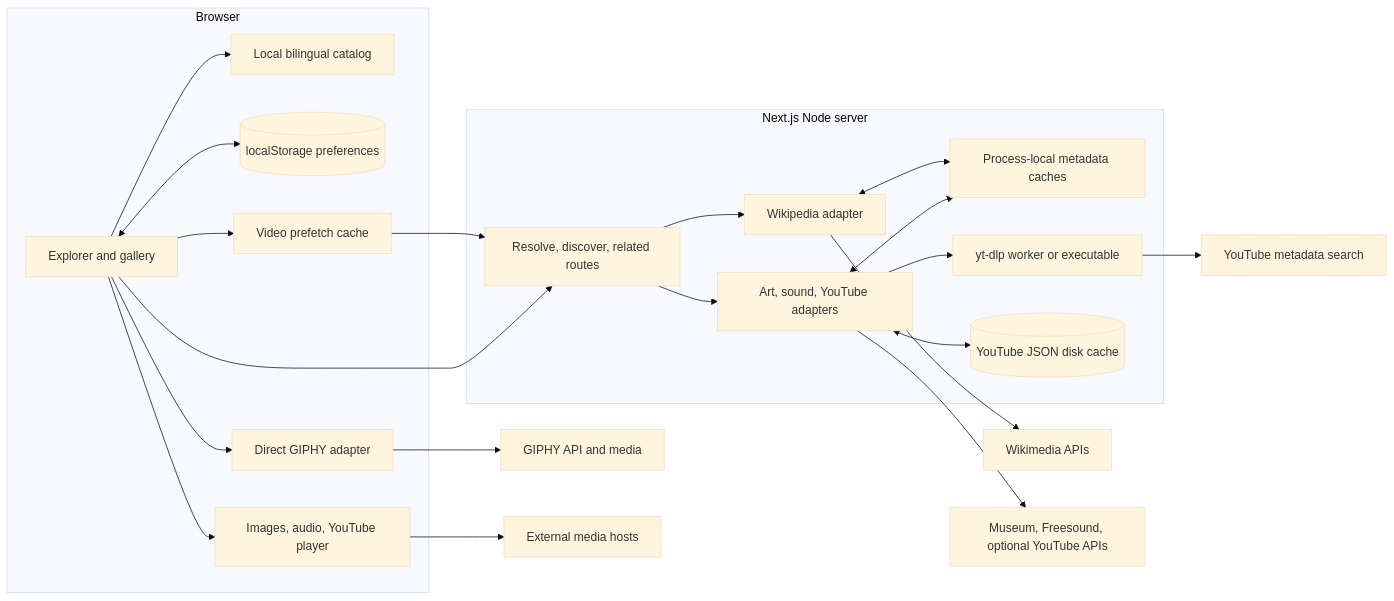
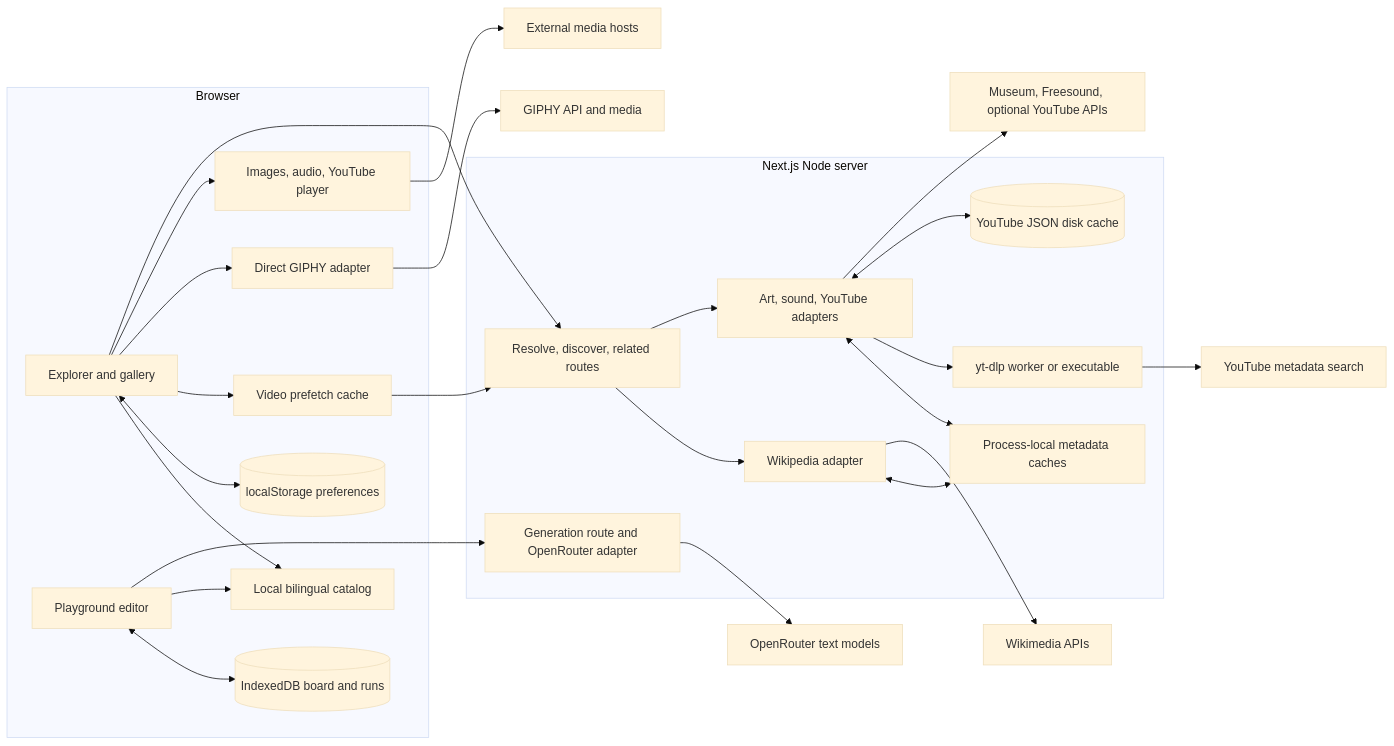
Before and after one commit to juandarr/emoji-dream-maker: the first of 6 diagrams in docs/architecture-overview.md, drawn with Mermaid (base theme). The commit also changed other lines of this file and 15 other files, not shown here.

````diff
--- a/docs/architecture-overview.md
+++ b/docs/architecture-overview.md
@@ -19,37 +19,44 @@
 ```mermaid
 flowchart LR
   subgraph Browser[Browser]
     UI[Explorer and gallery]
+    PG[Playground editor]
+    BOARDS[(IndexedDB board and runs)]
+    PG <--> BOARDS
+    PG --> CAT
     CAT[Local bilingual catalog]
     PREF[(localStorage preferences)]
     VC[Video prefetch cache]
     GIF[Direct GIPHY adapter]
     PLAY[Images, audio, YouTube player]
     UI --> CAT
     UI <--> PREF
     UI --> VC
     UI --> GIF
     UI --> PLAY
   end
   subgraph Server[Next.js Node server]
+    GEN[Generation route and OpenRouter adapter]
     API[Resolve, discover, related routes]
     WIKI[Wikipedia adapter]
     MEDIA[Art, sound, YouTube adapters]
     CACHE[Process-local metadata caches]
     YT[yt-dlp worker or executable]
     DISK[(YouTube JSON disk cache)]
     API --> WIKI
     API --> MEDIA
     WIKI <--> CACHE
     MEDIA <--> CACHE
     MEDIA --> YT
     MEDIA <--> DISK
   end
+  PG --> GEN
+  GEN --> OR[OpenRouter text models]
   VC --> API
   UI --> API
   WIKI --> WM[Wikimedia APIs]
   MEDIA --> EXT[Museum, Freesound, optional YouTube APIs]
   YT --> YOUTUBE[YouTube metadata search]
   GIF --> GIPHY[GIPHY API and media]
   PLAY --> CDN[External media hosts]
 ```
````
